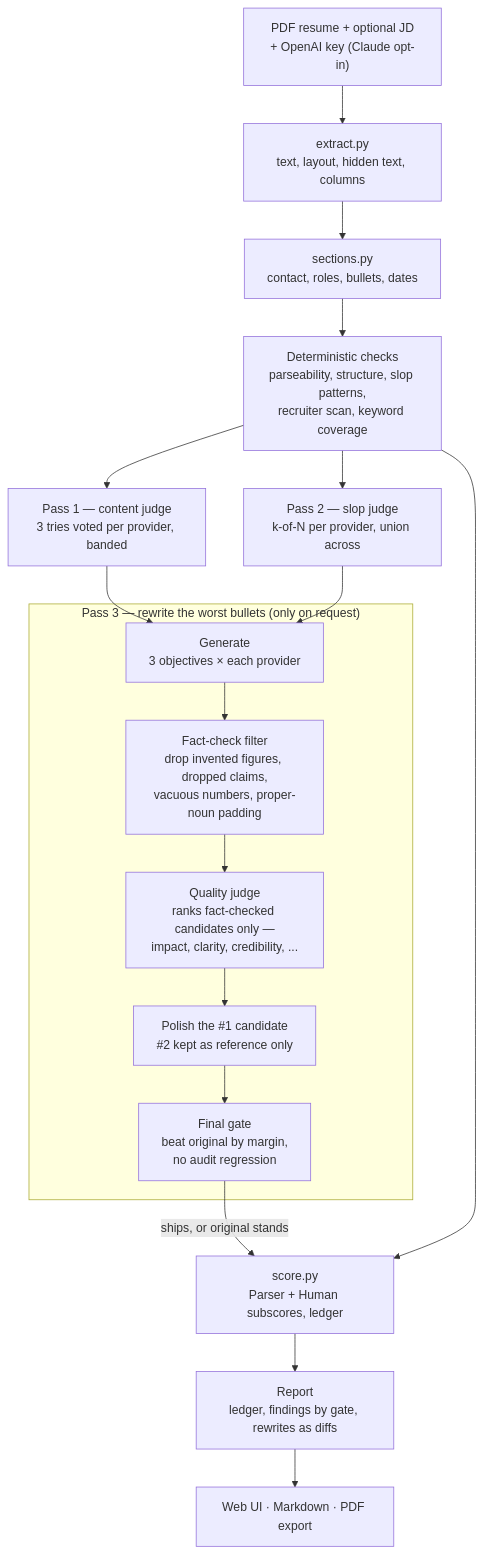
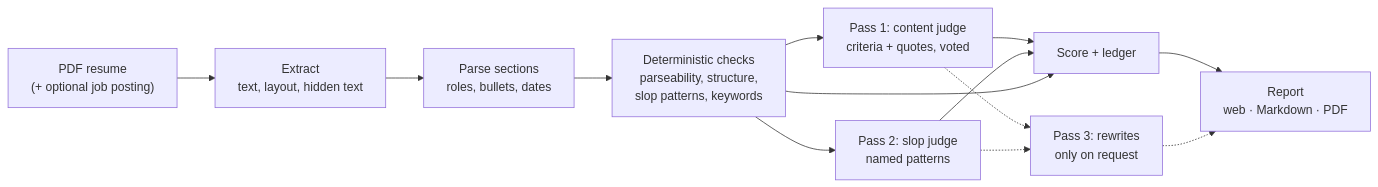
One commit to rrichardtang/ATS-parser changed the diagram in README.md. Above: the diagram before and after it, drawn with Mermaid. The commit also changed other lines of this file and 3 other files, not shown here.

````diff
--- a/README.md
+++ b/README.md
@@ -52,24 +53,15 @@
 ```mermaid
-flowchart TD
-    IN["PDF resume + optional JD<br/>+ OpenAI key (Claude opt-in)"] --> EX["extract.py<br/>text, layout, hidden text, columns"]
-    EX --> SEC["sections.py<br/>contact, roles, bullets, dates"]
-    SEC --> DET["Deterministic checks<br/>parseability, structure, slop patterns,<br/>recruiter scan, keyword coverage"]
-
-    DET --> P1["Pass 1 — content judge<br/>3 tries voted per provider, banded"]
-    DET --> P2["Pass 2 — slop judge<br/>k-of-N per provider, union across"]
-
-    P1 --> GEN
-    P2 --> GEN
-
-    subgraph P3["Pass 3 — rewrite the worst bullets (only on request)"]
-        GEN["Generate<br/>3 objectives × each provider"] --> CLEAN["Fact-check filter<br/>drop invented figures, dropped claims,<br/>vacuous numbers, proper-noun padding"]
-        CLEAN --> JUDGE["Quality judge<br/>ranks fact-checked candidates only —<br/>impact, clarity, credibility, ..."]
-        JUDGE --> POLISH["Polish the #1 candidate<br/>#2 kept as reference only"]
-        POLISH --> GATE["Final gate<br/>beat original by margin,<br/>no audit regression"]
-    end
-
-    GATE -- "ships, or original stands" --> SCORE
-    DET --> SCORE["score.py<br/>Parser + Human subscores, ledger"]
-    SCORE --> REPORT["Report<br/>ledger, findings by gate, rewrites as diffs"]
-    REPORT --> OUT["Web UI · Markdown · PDF export"]
+flowchart LR
+    PDF["PDF resume<br/>(+ optional job posting)"] --> EX["Extract<br/>text, layout, hidden text"]
+    EX --> SEC["Parse sections<br/>roles, bullets, dates"]
+    SEC --> DET["Deterministic checks<br/>parseability, structure,<br/>slop patterns, keywords"]
+    DET --> P1["Pass 1: content judge<br/>criteria + quotes, voted"]
+    DET --> P2["Pass 2: slop judge<br/>named patterns"]
+    P1 --> SCORE["Score + ledger"]
+    P2 --> SCORE
+    DET --> SCORE
+    SCORE --> REP["Report<br/>web · Markdown · PDF"]
+    P1 -.-> P3["Pass 3: rewrites<br/>only on request"]
+    P2 -.-> P3
+    P3 -.-> REP
 ```
````
